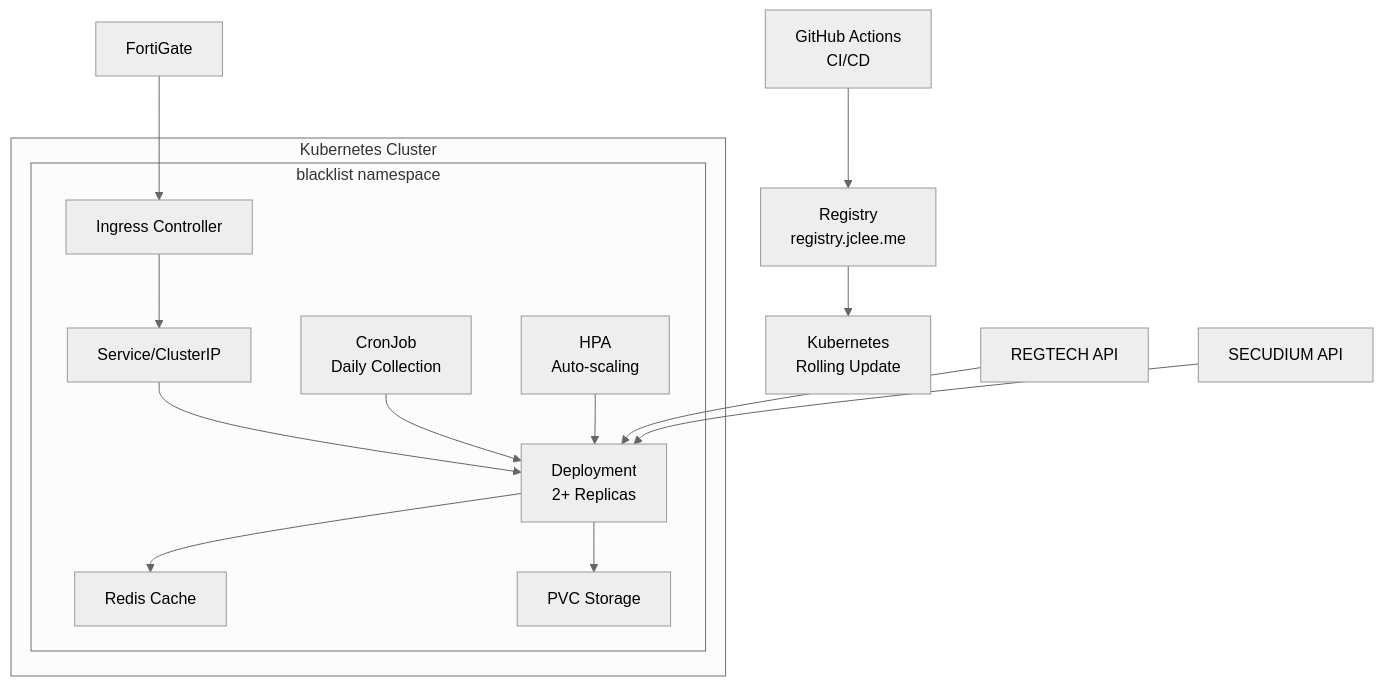
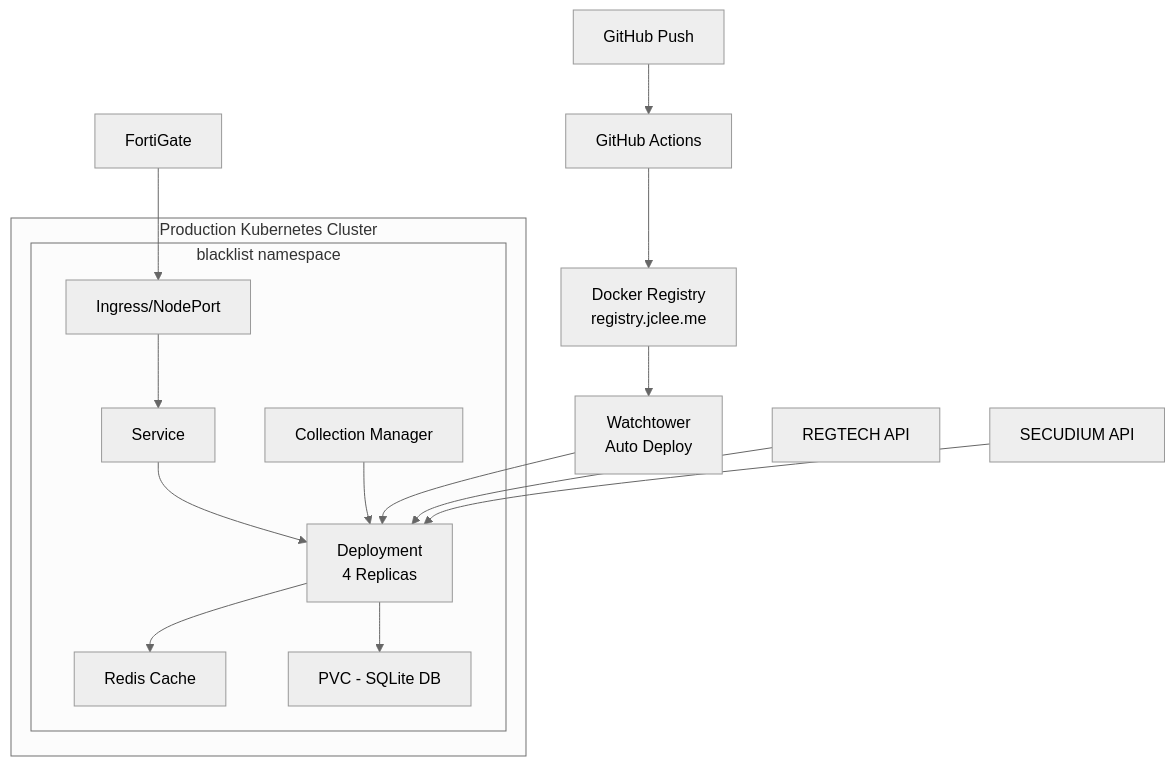
One commit to JCLEE94/blacklist changed the diagram in README.md. Above: the diagram before and after it, drawn with Mermaid (neutral theme). The commit also changed other lines of this file and 6 other files, not shown here.

````diff
--- a/README.md
+++ b/README.md
@@ -11,20 +11,21 @@
 ```mermaid
 graph TB
-    subgraph "Kubernetes Cluster"
+    subgraph "Production Kubernetes Cluster"
         subgraph "blacklist namespace"
-            A[Ingress Controller] --> B[Service/ClusterIP]
-            B --> C[Deployment<br/>2+ Replicas]
+            A[Ingress/NodePort] --> B[Service]
+            B --> C[Deployment<br/>4 Replicas]
             C --> D[Redis Cache]
-            C --> E[PVC Storage]
-            F[CronJob<br/>Daily Collection] --> C
-            G[HPA<br/>Auto-scaling] --> C
+            C --> E[PVC - SQLite DB]
+            F[Collection Manager] --> C
         end
     end
     
-    H[GitHub Actions<br/>CI/CD] --> I[Registry<br/>registry.jclee.me]
-    I --> J[Kubernetes<br/>Rolling Update]
+    H[GitHub Push] --> I[GitHub Actions]
+    I --> J[Docker Registry<br/>registry.jclee.me]
+    J --> K[Watchtower<br/>Auto Deploy]
+    K --> C
     
-    K[REGTECH API] --> C
-    L[SECUDIUM API] --> C
-    M[FortiGate] --> A
+    L[REGTECH API] --> C
+    M[SECUDIUM API] --> C
+    N[FortiGate] --> A
 ```
````
